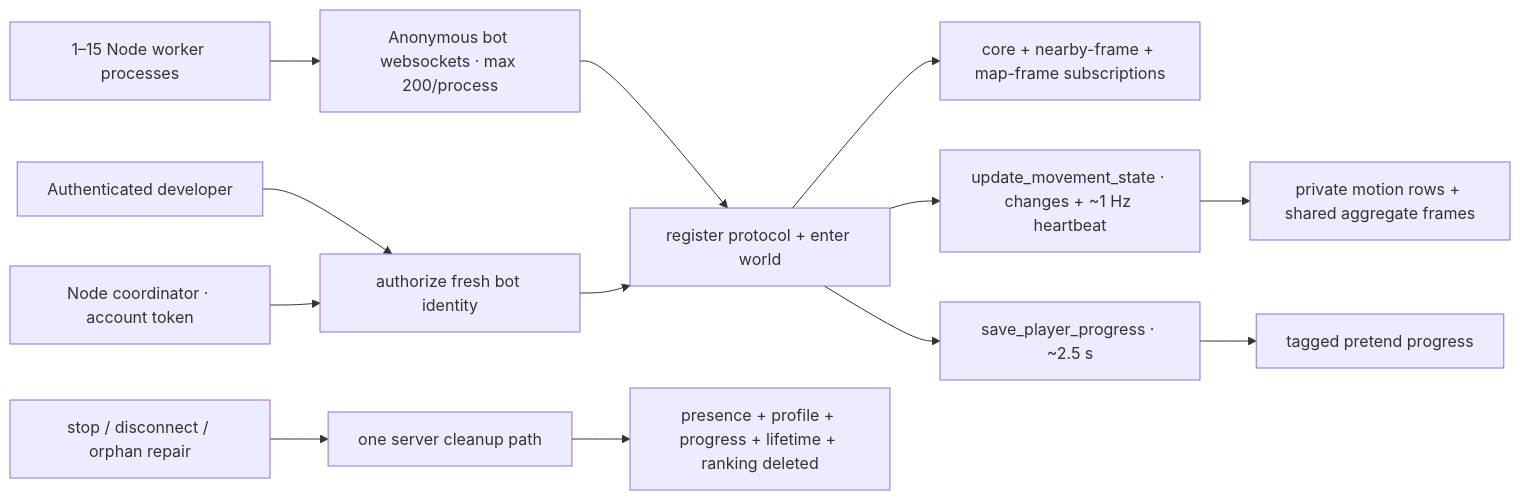
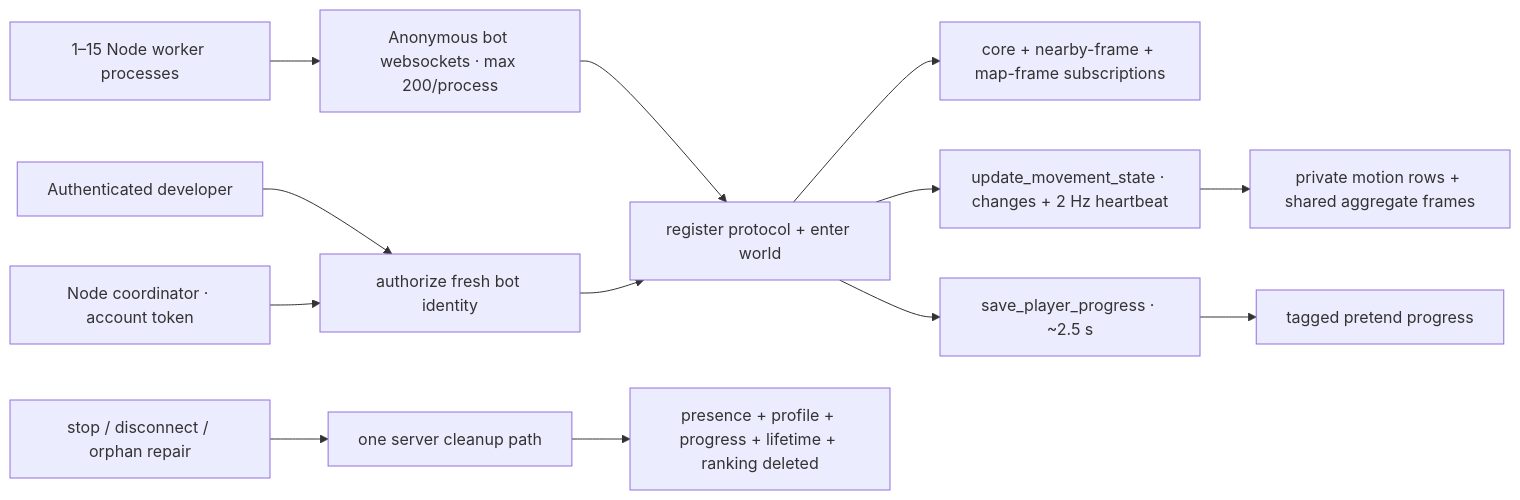
The fourth of 4 diagrams in docs/realtime-data-flow.md (Tydoskus/wildwood), drawn with Mermaid before and after one commit. The commit also changed other lines of this file and 28 other files, not shown here.

````diff
--- a/docs/realtime-data-flow.md
+++ b/docs/realtime-data-flow.md
@@ -91,15 +91,15 @@
 ```mermaid
 flowchart LR
   Dev["Authenticated developer"] --> Authorize["authorize fresh bot identity"]
   Coordinator["Node coordinator · account token"] --> Authorize
   Workers["1–15 Node worker processes"] --> Browser["Anonymous bot websockets · max 200/process"]
   Browser --> Protocol["register protocol + enter world"]
   Authorize --> Protocol
   Protocol --> Subs["core + nearby-frame + map-frame subscriptions"]
-  Protocol --> Move["update_movement_state · changes + ~1 Hz heartbeat"]
+  Protocol --> Move["update_movement_state · changes + 2 Hz heartbeat"]
   Protocol --> Save["save_player_progress · ~2.5 s"]
   Move --> Hot["private motion rows + shared aggregate frames"]
   Save --> Durable["tagged pretend progress"]
   Stop["stop / disconnect / orphan repair"] --> Cleanup["one server cleanup path"]
   Cleanup --> Erase["presence + profile + progress + lifetime + ranking deleted"]
 ```
````
